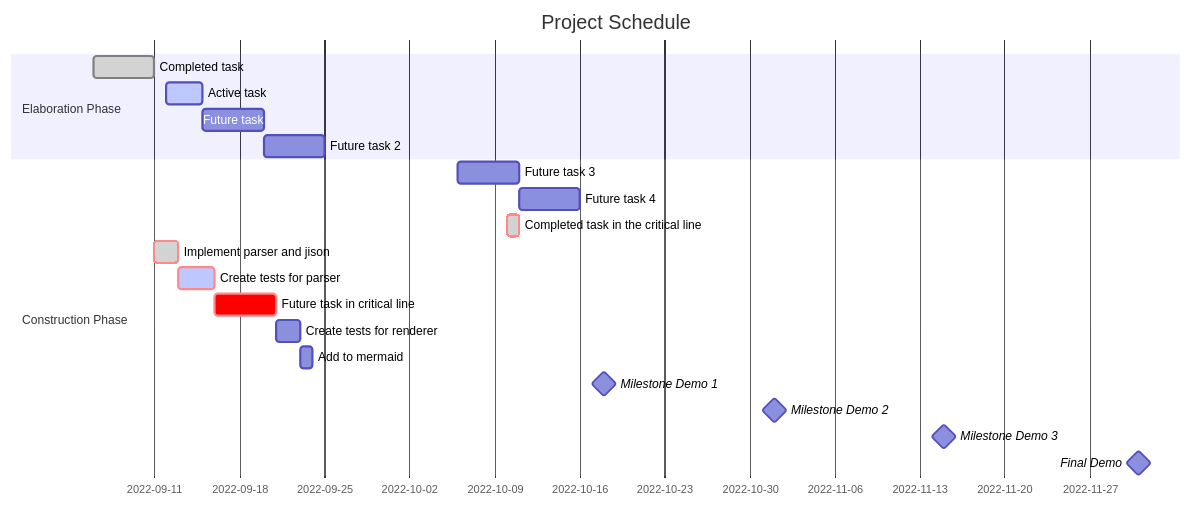
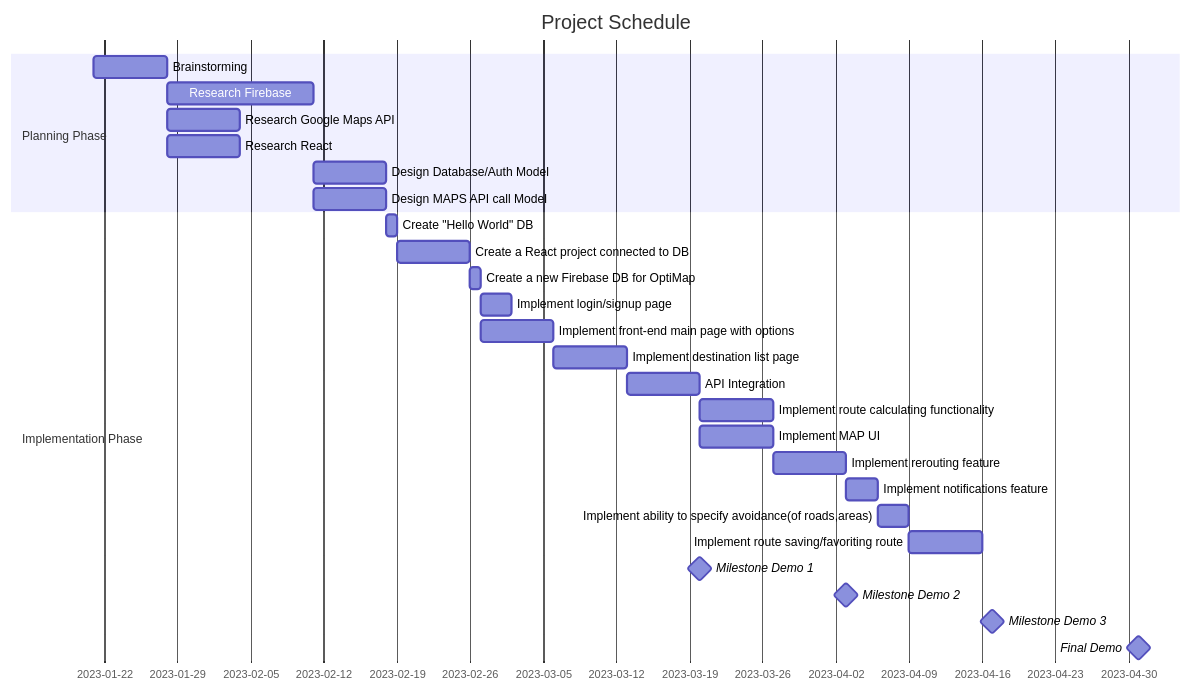
Before and after one commit to Capstone-Projects-2023-Spring/project-optimap: the diagram in documentation/docs/development-plan/schedule.md, drawn with Mermaid.

Commit message:
added gantt chart

````diff
--- a/documentation/docs/development-plan/schedule.md
+++ b/documentation/docs/development-plan/schedule.md
@@ -1,27 +1,37 @@
 ```mermaid
 gantt
     dateFormat  YYYY-MM-DD
     title       Project Schedule
 
-    section Elaboration Phase
-    Completed task            :done,    des1, 2022-09-06,2022-09-11
-    Active task               :active,  des2, 2022-09-12, 3d
-    Future task               :         des3, after des2, 5d
-    Future task 2             :         des4, after des3, 5d
+    section Planning Phase
+    Brainstorming               :         des1, 2023-01-21, 7d
+    Research Firebase               :         des2, after des1, 14d
+    Research Google Maps API            :         des3, after des1, 7d
+    Research React     : des4, after des1,7d
+    Design Database/Auth Model : des5, after des2,7d
+    Design MAPS API call Model: des6, after des2, 7d
 
-    section Construction Phase
-    Future task 3             :         des5, 2022-10-06, 5d
-    Future task 4             :         des6, after des5, 5d
-    Completed task in the critical line :crit, done, 2022-10-10,24h
-    Implement parser and jison          :crit, done, after des1, 2d
-    Create tests for parser             :crit, active, 3d
-    Future task in critical line        :crit, 5d
-    Create tests for renderer           :2d
-    Add to mermaid                      :1d
-   Milestone Demo 1                     :milestone, 2022-10-18, 0d
-   Milestone Demo 2                     :milestone, 2022-11-01, 0d
-   Milestone Demo 3                     :milestone, 2022-11-15, 0d
-   Final Demo                           :milestone, 2022-12-01, 0d
+
+    section Implementation Phase
+    Create "Hello World" DB: des7, after des6,1d
+    Create a React project connected to DB: des8,after des7,7d
+    Create a new Firebase DB for OptiMap:des9, 2023-02-26,24h
+    Implement login/signup page         :des10, after des9, 3d
+    Implement front-end main page with options :des11, after des9, 7d
+    Implement destination list page       :des12, after des11,7d
+    API Integration: des13, after des12,7d
+    Implement route calculating functionality: des14, after des13,7d
+    Implement MAP UI: des15, after des13, 7d
+    Implement rerouting feature: des16, after des15,7d
+    Implement notifications feature: des17, after des16,3d
+    Implement ability to specify avoidance(of roads,areas): des18,after des17,3d
+    Implement route saving/favoriting route: des19,after des18,7d
+
+
+   Milestone Demo 1                     :milestone, 2023-03-20, 0d
+   Milestone Demo 2                     :milestone, 2023-04-03, 0d
+   Milestone Demo 3                     :milestone, 2023-04-17, 0d
+   Final Demo                           :milestone, 2023-05-01, 0d
 
 
 ```
````
